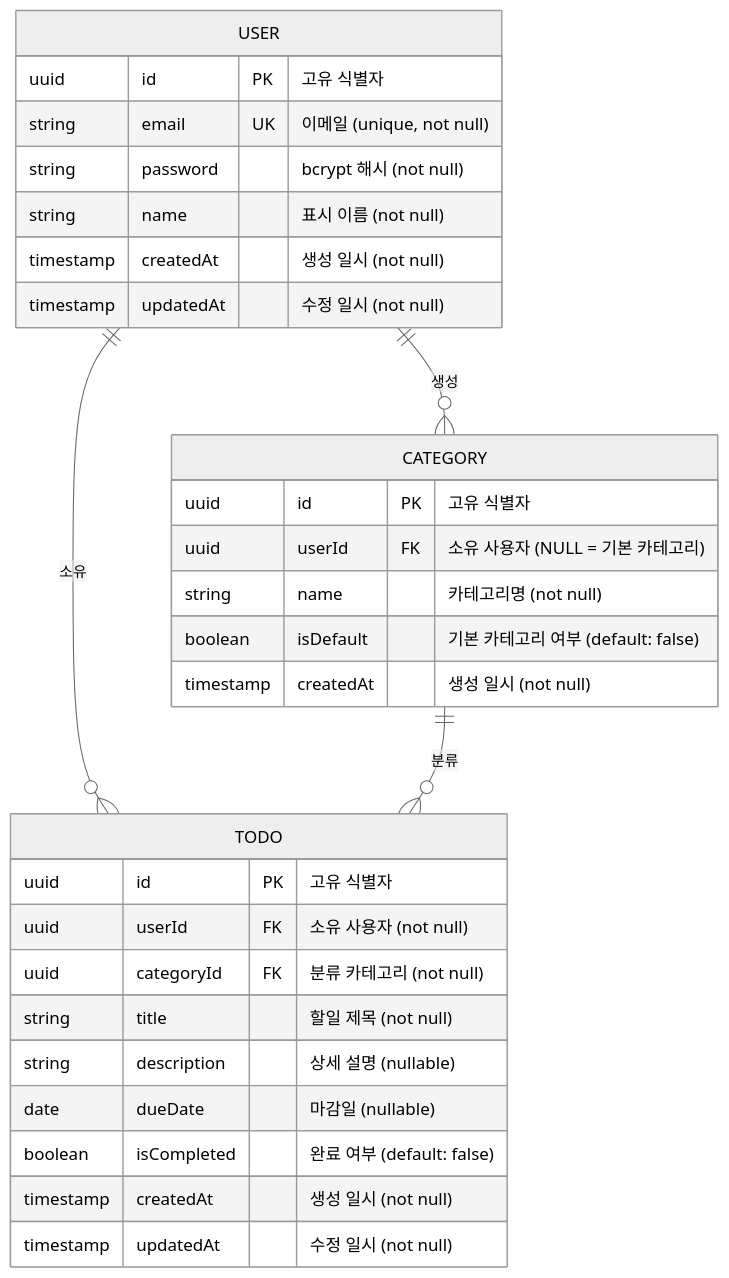
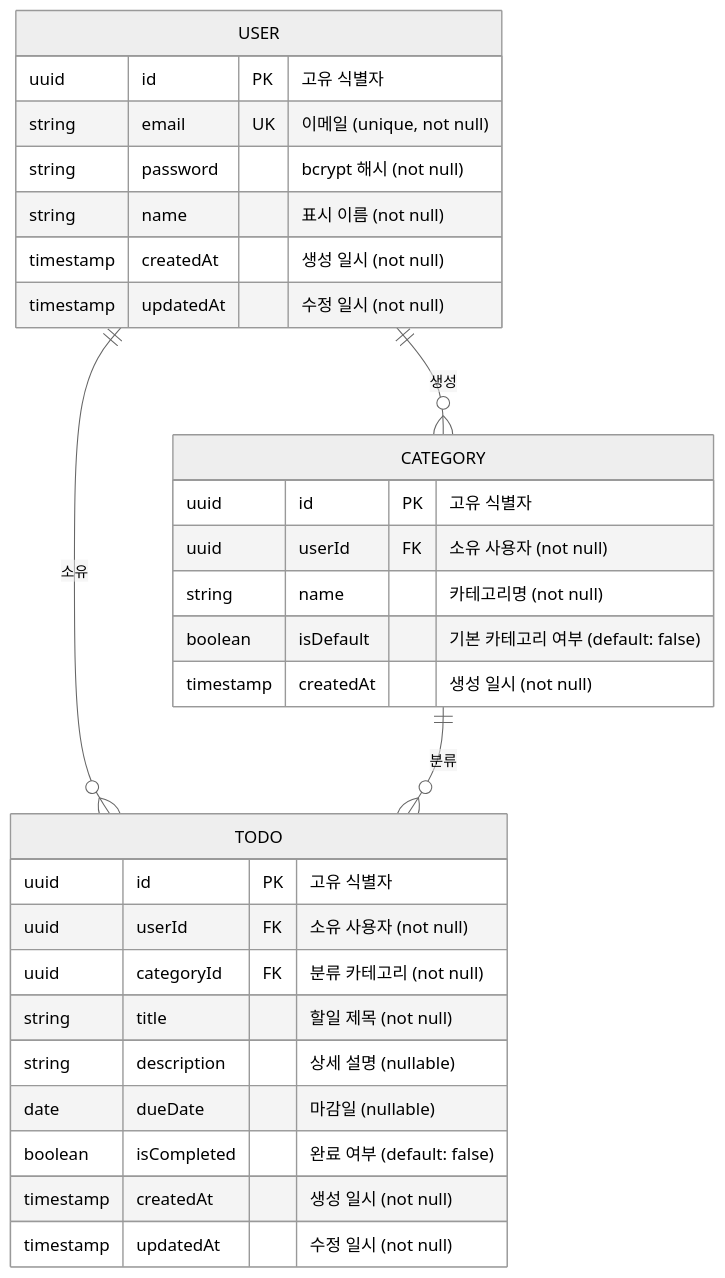
One commit to wonjun333/todolist-app changed the diagram in docs/6-erd.md. Above: the diagram before and after it, drawn with Mermaid (neutral theme). The commit also changed other lines of this file and 96 other files, not shown here.

````diff
--- a/docs/6-erd.md
+++ b/docs/6-erd.md
@@ -12,35 +12,35 @@
 ```mermaid
 erDiagram
   USER {
     uuid      id          PK  "고유 식별자"
     string    email       UK  "이메일 (unique, not null)"
     string    password        "bcrypt 해시 (not null)"
     string    name            "표시 이름 (not null)"
     timestamp createdAt       "생성 일시 (not null)"
     timestamp updatedAt       "수정 일시 (not null)"
   }
 
   CATEGORY {
     uuid      id          PK  "고유 식별자"
-    uuid      userId      FK  "소유 사용자 (NULL = 기본 카테고리)"
+    uuid      userId      FK  "소유 사용자 (not null)"
     string    name            "카테고리명 (not null)"
     boolean   isDefault       "기본 카테고리 여부 (default: false)"
     timestamp createdAt       "생성 일시 (not null)"
   }
 
   TODO {
     uuid      id          PK  "고유 식별자"
     uuid      userId      FK  "소유 사용자 (not null)"
     uuid      categoryId  FK  "분류 카테고리 (not null)"
     string    title           "할일 제목 (not null)"
     string    description     "상세 설명 (nullable)"
     date      dueDate         "마감일 (nullable)"
     boolean   isCompleted     "완료 여부 (default: false)"
     timestamp createdAt       "생성 일시 (not null)"
     timestamp updatedAt       "수정 일시 (not null)"
   }
 
   USER    ||--o{ TODO     : "소유"
   USER    ||--o{ CATEGORY : "생성"
   CATEGORY ||--o{ TODO   : "분류"
 ```
````
